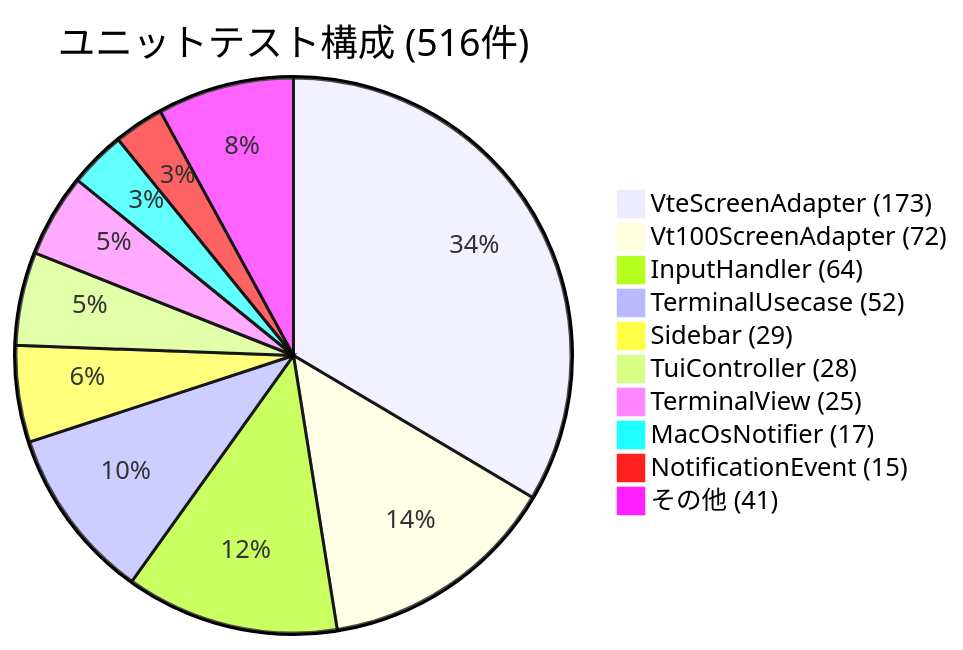
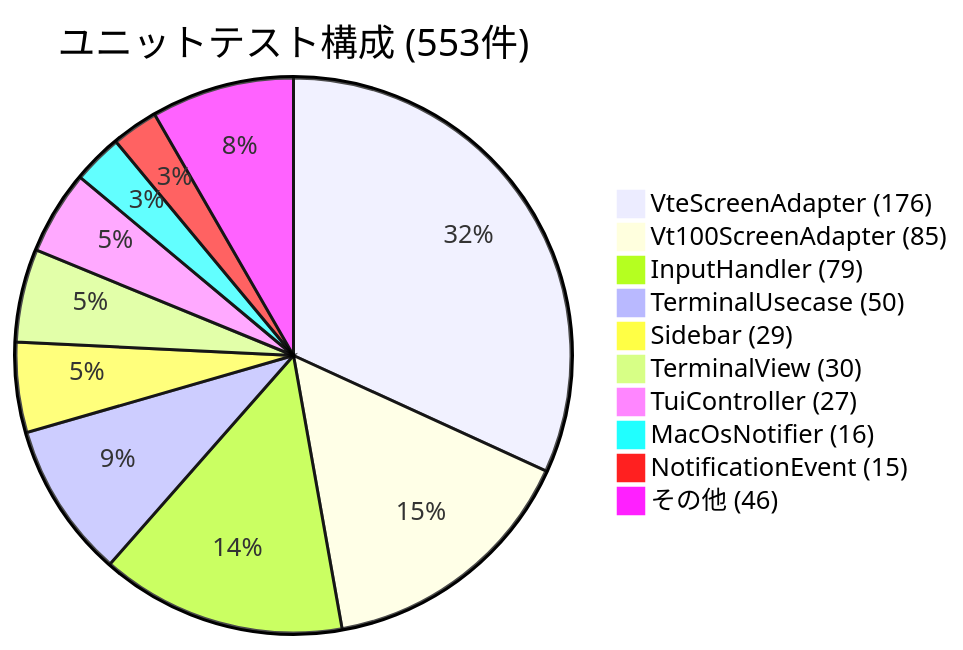
One commit to Kobayashi-takumi/cli-manager changed the sixth of 6 diagrams in README.md. Above: the diagram before and after it, drawn with Mermaid. The commit also changed other lines of this file and 8 other files, not shown here.

````diff
--- a/README.md
+++ b/README.md
@@ -404,13 +422,13 @@
 ```mermaid
-pie title ユニットテスト構成 (516件)
-    "VteScreenAdapter (173)" : 173
-    "Vt100ScreenAdapter (72)" : 72
-    "InputHandler (64)" : 64
-    "TerminalUsecase (52)" : 52
+pie title ユニットテスト構成 (553件)
+    "VteScreenAdapter (176)" : 176
+    "Vt100ScreenAdapter (85)" : 85
+    "InputHandler (79)" : 79
+    "TerminalUsecase (50)" : 50
     "Sidebar (29)" : 29
-    "TuiController (28)" : 28
-    "TerminalView (25)" : 25
-    "MacOsNotifier (17)" : 17
+    "TerminalView (30)" : 30
+    "TuiController (27)" : 27
+    "MacOsNotifier (16)" : 16
     "NotificationEvent (15)" : 15
-    "その他 (41)" : 41
+    "その他 (46)" : 46
 ```
````
